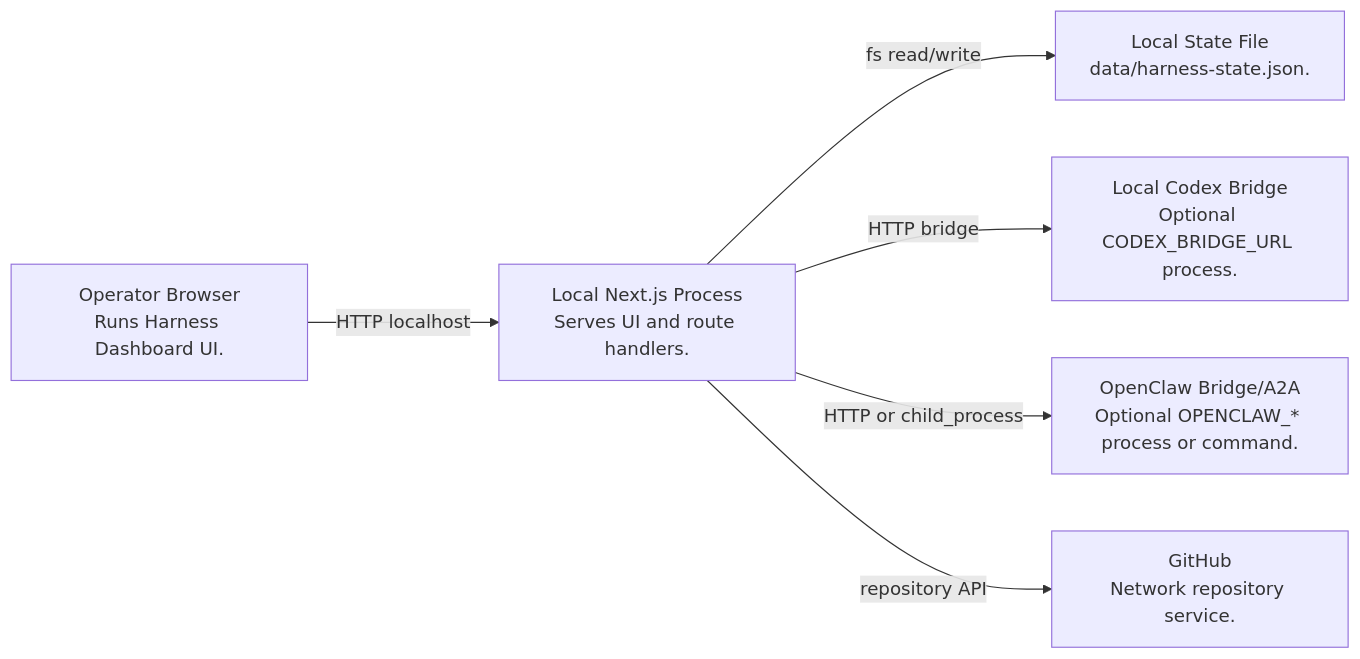
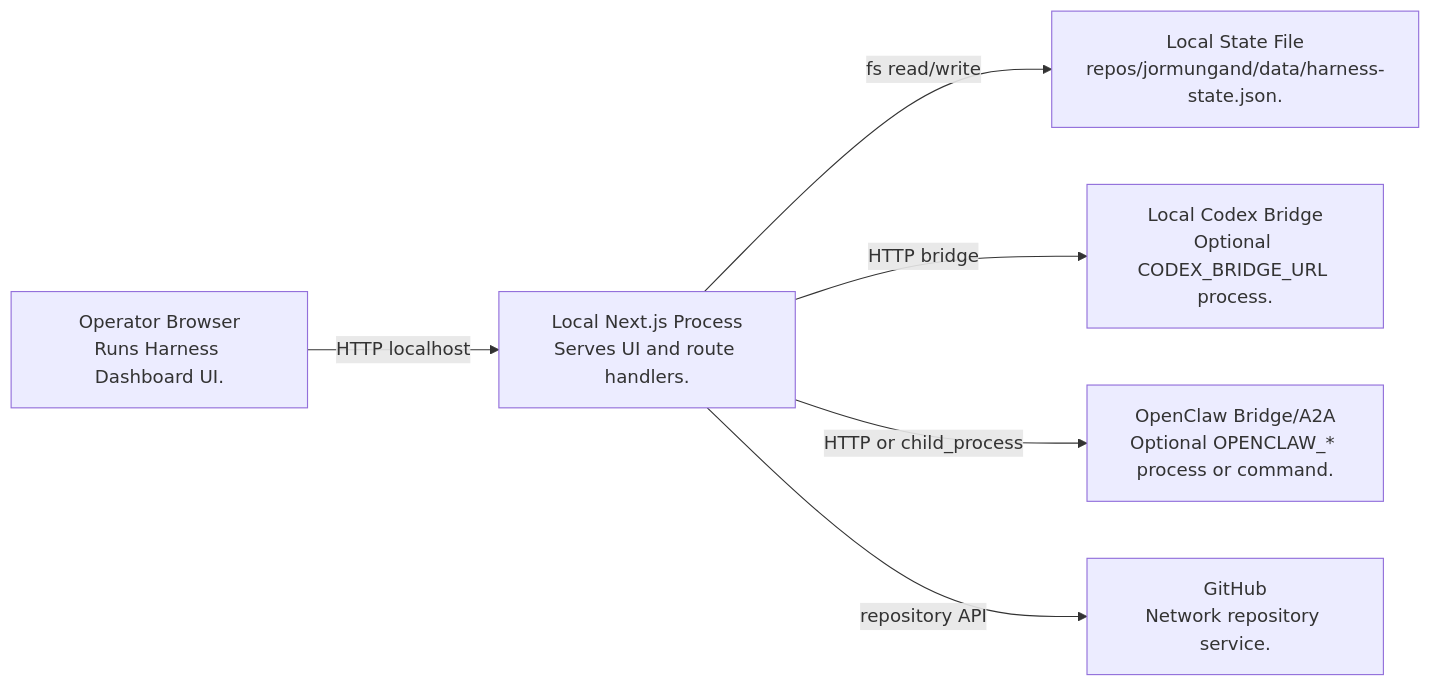
The diagram in wiki/c4/diagrams/deployment-local.mmd (linderwu/harness-framework), drawn with Mermaid before and after one commit. The commit also changed 76 other files, not shown here.

```diff
--- a/wiki/c4/diagrams/deployment-local.mmd
+++ b/wiki/c4/diagrams/deployment-local.mmd
@@ -1,13 +1,13 @@
 flowchart LR
   %% Deployment: Local Runtime
   browser["Operator Browser<br/>Runs Harness Dashboard UI."]
   next["Local Next.js Process<br/>Serves UI and route handlers."]
-  json["Local State File<br/>data/harness-state.json."]
+  json["Local State File<br/>repos/jormungand/data/harness-state.json."]
   codex["Local Codex Bridge<br/>Optional CODEX_BRIDGE_URL process."]
   openclaw["OpenClaw Bridge/A2A<br/>Optional OPENCLAW_* process or command."]
   github["GitHub<br/>Network repository service."]
   browser -->|"HTTP localhost"| next
   next -->|"fs read/write"| json
   next -->|"HTTP bridge"| codex
   next -->|"HTTP or child_process"| openclaw
   next -->|"repository API"| github
```
